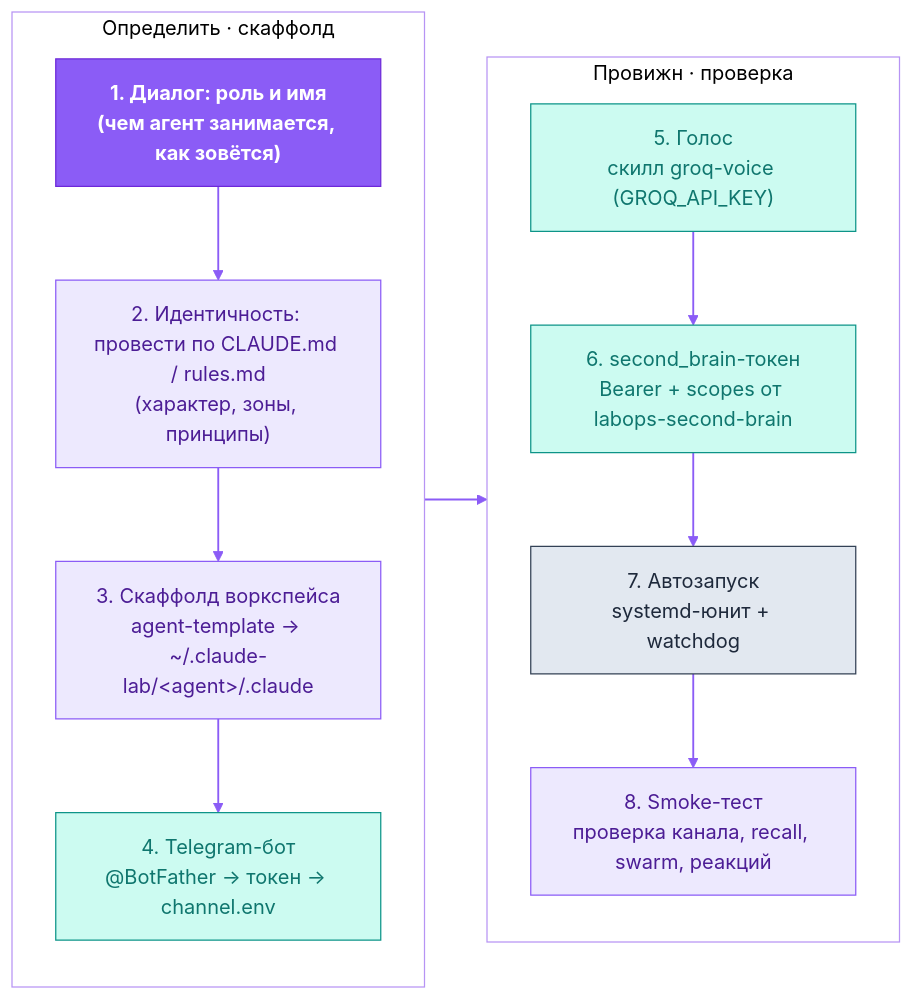
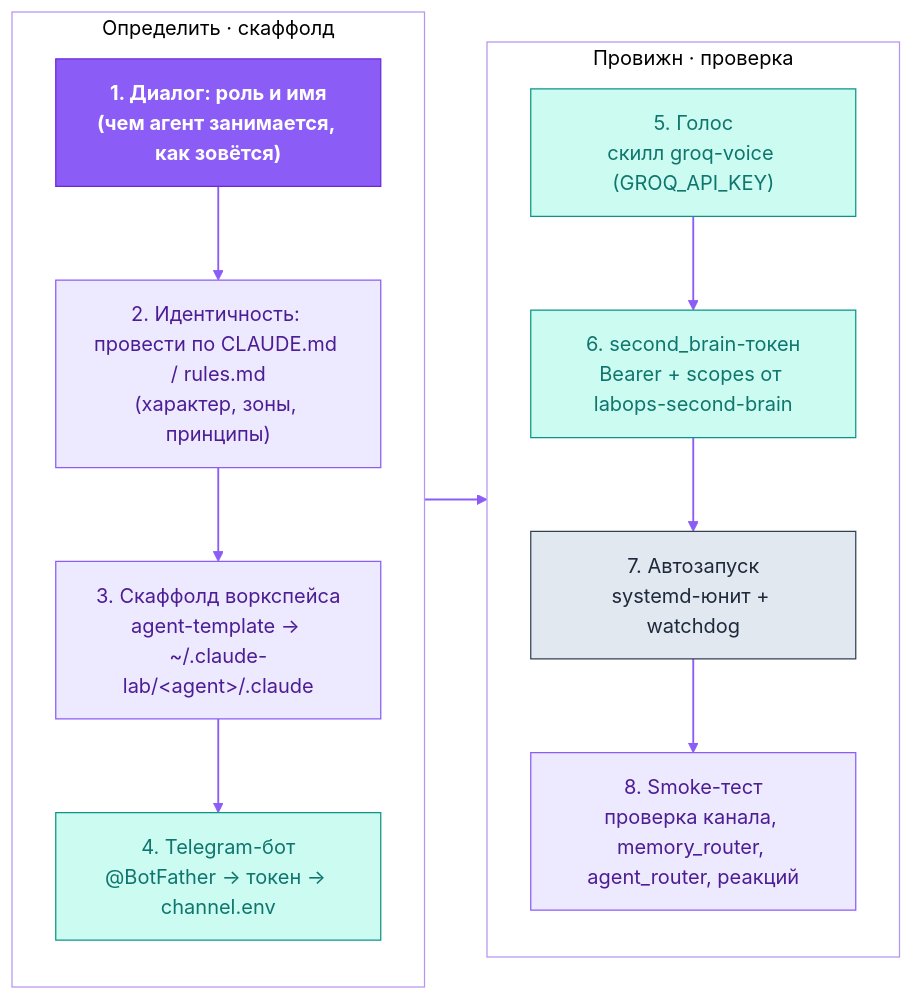
The fourth of 4 diagrams in README.ru.md (dediukhinpa/labops-agent-architecture), drawn with Mermaid before and after one commit. The commit also changed other lines of this file and 38 other files, not shown here.

First line of the commit message:
Переименовать MCP-серверы: recall → memory_router, swarm → agent_router

````diff
--- a/README.ru.md
+++ b/README.ru.md
@@ -288,29 +288,29 @@
 ```mermaid
 %%{init: {'theme':'base','themeVariables':{'primaryColor':'#EDE9FE','primaryTextColor':'#4C1D95','primaryBorderColor':'#8B5CF6','lineColor':'#8B5CF6','secondaryColor':'#F1F5F9','tertiaryColor':'#ffffff','clusterBkg':'transparent','clusterBorder':'#B794F4','fontFamily':'Helvetica,Arial,sans-serif'}}}%%
 flowchart LR
   subgraph c1["Определить · скаффолд"]
     direction TB
     S1["1. Диалог: роль и имя<br/>(чем агент занимается, как зовётся)"]
     S2["2. Идентичность: провести по CLAUDE.md / rules.md<br/>(характер, зоны, принципы)"]
     S3["3. Скаффолд воркспейса<br/>agent-template → ~/.claude-lab/&lt;agent&gt;/.claude"]
     S4["4. Telegram-бот<br/>@BotFather → токен → channel.env"]
     S1 --> S2 --> S3 --> S4
   end
   subgraph c2["Провижн · проверка"]
     direction TB
     S5["5. Голос<br/>скилл groq-voice (GROQ_API_KEY)"]
     S6["6. second_brain-токен<br/>Bearer + scopes от labops-second-brain"]
     S7["7. Автозапуск<br/>systemd-юнит + watchdog"]
-    S8["8. Smoke-тест<br/>проверка канала, recall, swarm, реакций"]
+    S8["8. Smoke-тест<br/>проверка канала, memory_router, agent_router, реакций"]
     S5 --> S6 --> S7 --> S8
   end
   S4 --> S5
   classDef brand fill:#8B5CF6,stroke:#6D28D9,color:#ffffff,font-weight:bold
   classDef ext fill:#CCFBF1,stroke:#0D9488,color:#0F766E
   classDef store fill:#FEF3C7,stroke:#D97706,color:#92400E
   classDef sys fill:#E2E8F0,stroke:#334155,color:#1E293B
   linkStyle default stroke:#8B5CF6,stroke-width:1.5px
   class S1 brand
   class S4,S5,S6 ext
   class S7 sys
 ```
````
